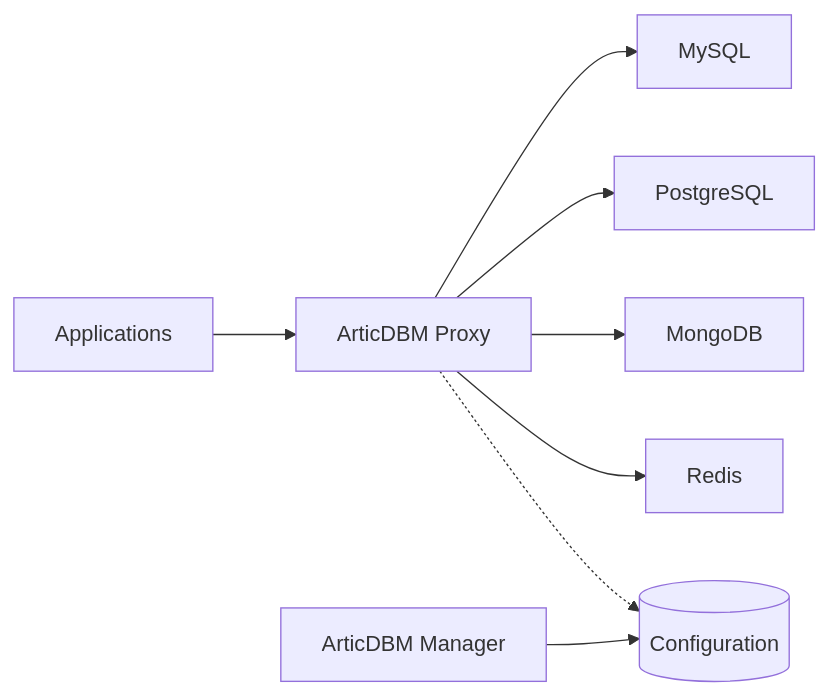
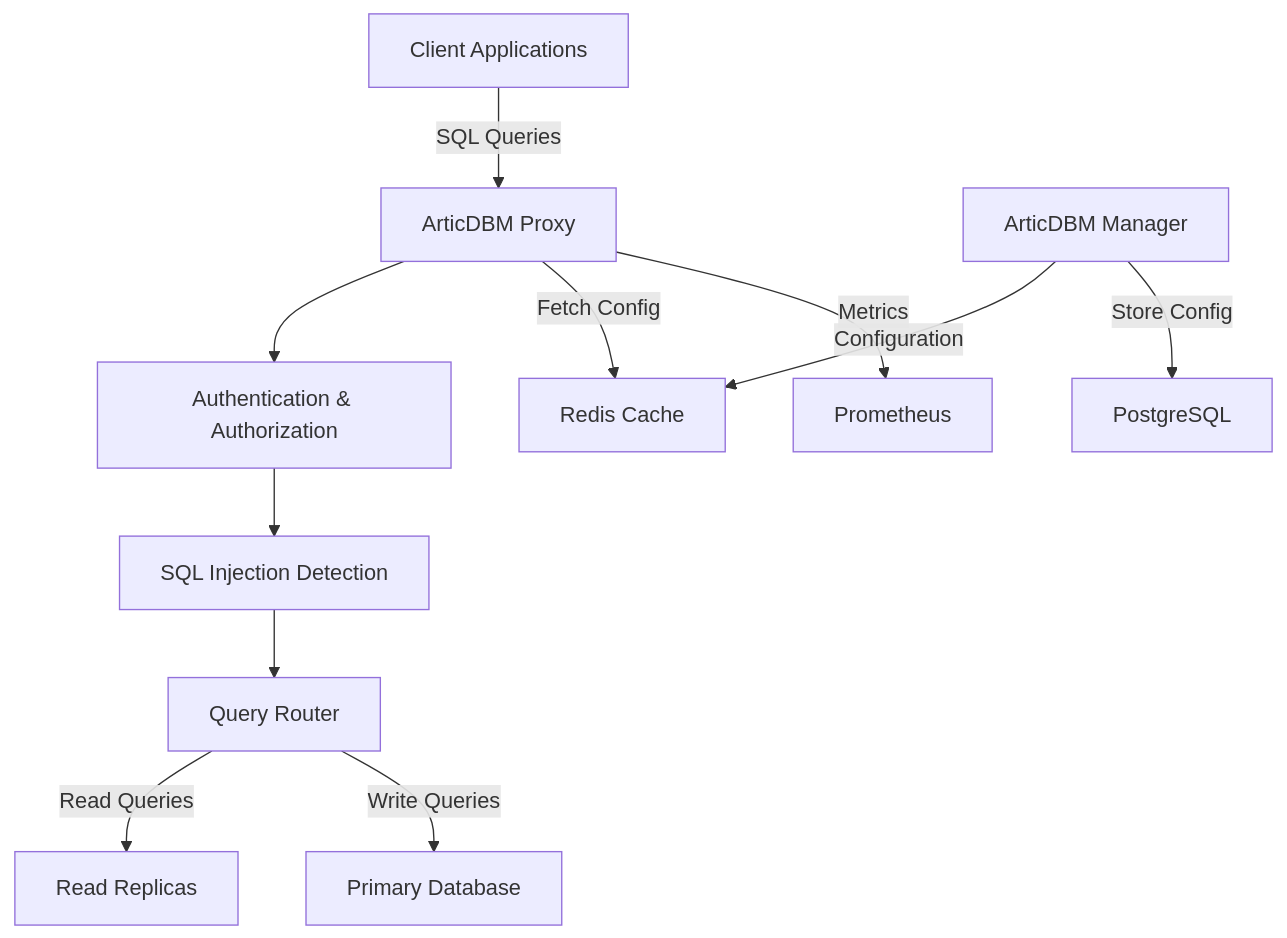
One commit to penguintechinc/ArticDBM changed the diagram in README.md. Above: the diagram before and after it, drawn with Mermaid. The commit also changed other lines of this file and 2 other files, not shown here.

````diff
--- a/README.md
+++ b/README.md
@@ -51,10 +54,13 @@
 ```mermaid
-graph LR
-    A[Applications] --> B[ArticDBM Proxy]
-    B --> C[MySQL]
-    B --> D[PostgreSQL]
-    B --> E[MongoDB]
-    B --> F[Redis]
-    G[ArticDBM Manager] --> H[(Configuration)]
-    B -.-> H
+graph TD
+    A[Client Applications] -->|SQL Queries| B[ArticDBM Proxy]
+    B --> C[Authentication & Authorization]
+    C --> D[SQL Injection Detection]
+    D --> E[Query Router]
+    E -->|Read Queries| F[Read Replicas]
+    E -->|Write Queries| G[Primary Database]
+    H[ArticDBM Manager] -->|Configuration| I[Redis Cache]
+    B -->|Fetch Config| I
+    B -->|Metrics| J[Prometheus]
+    H -->|Store Config| K[PostgreSQL]
 ```
````
